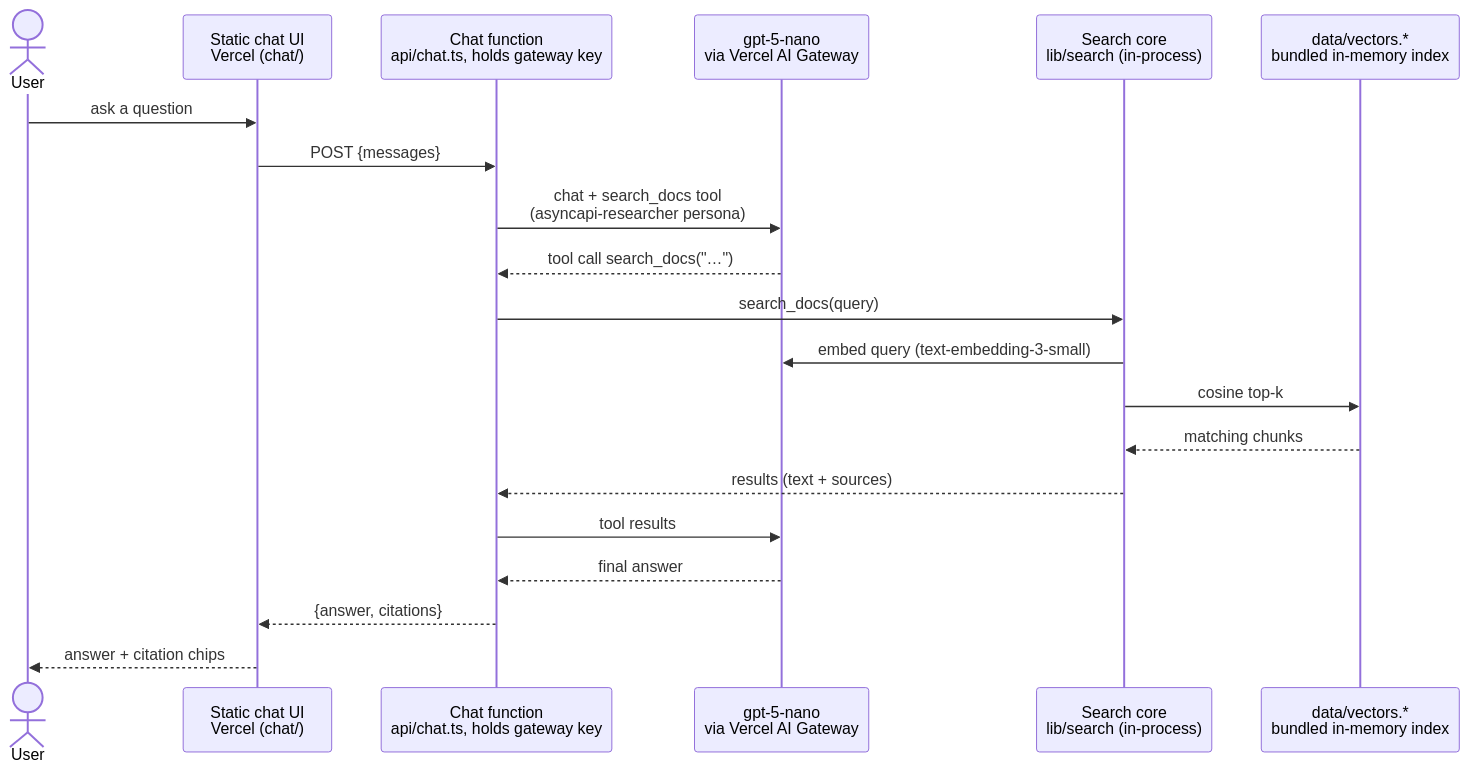
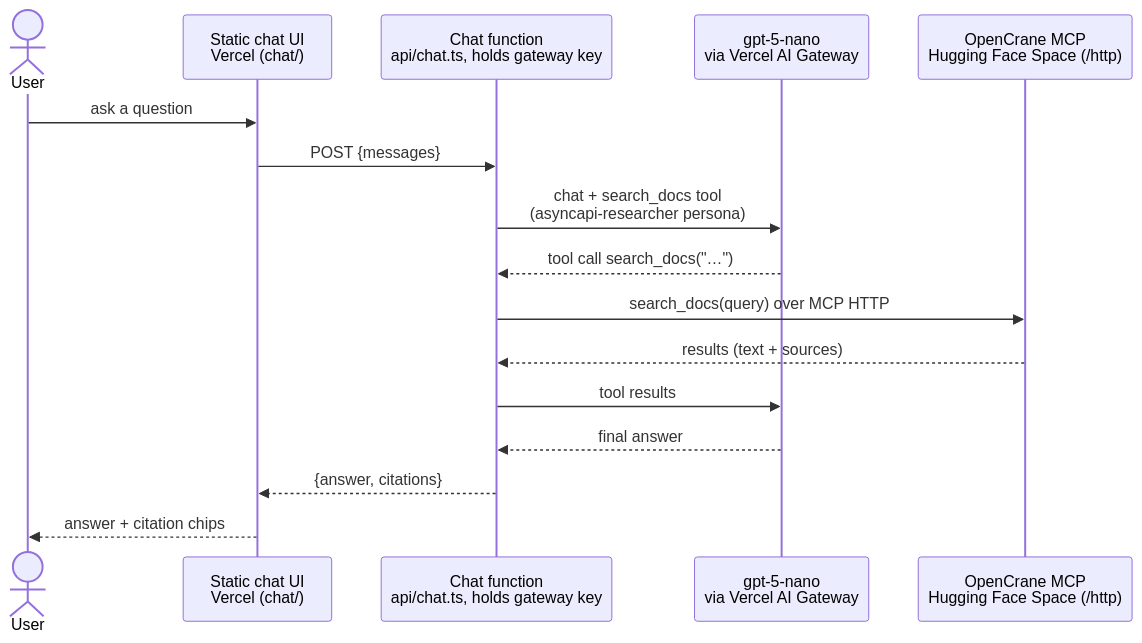
One commit to derberg/asyncapi-knowledge-mcp changed the first of 2 diagrams in docs/architecture.md. Above: the diagram before and after it, drawn with Mermaid. The commit also changed other lines of this file and 28 other files, not shown here.

````diff
--- a/docs/architecture.md
+++ b/docs/architecture.md
@@ -24,23 +24,19 @@
 ```mermaid
 sequenceDiagram
     actor User
     participant UI as Static chat UI<br/>Vercel (chat/)
     participant Fn as Chat function<br/>api/chat.ts, holds gateway key
     participant LLM as gpt-5-nano<br/>via Vercel AI Gateway
-    participant Core as Search core<br/>lib/search (in-process)
-    participant DB as data/vectors.*<br/>bundled in-memory index
+    participant MCP as OpenCrane MCP<br/>Hugging Face Space (/http)
 
     User->>UI: ask a question
     UI->>Fn: POST {messages}
     Fn->>LLM: chat + search_docs tool<br/>(asyncapi-researcher persona)
     LLM-->>Fn: tool call search_docs("…")
-    Fn->>Core: search_docs(query)
-    Core->>LLM: embed query (text-embedding-3-small)
-    Core->>DB: cosine top-k
-    DB-->>Core: matching chunks
-    Core-->>Fn: results (text + sources)
+    Fn->>MCP: search_docs(query) over MCP HTTP
+    MCP-->>Fn: results (text + sources)
     Fn->>LLM: tool results
     LLM-->>Fn: final answer
     Fn-->>UI: {answer, citations}
     UI-->>User: answer + citation chips
 ```
````
